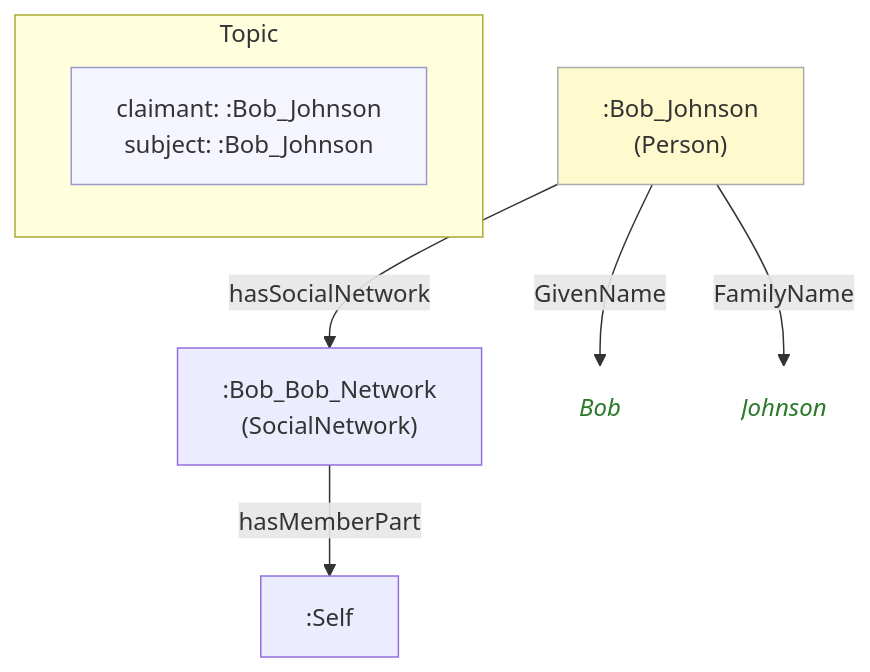
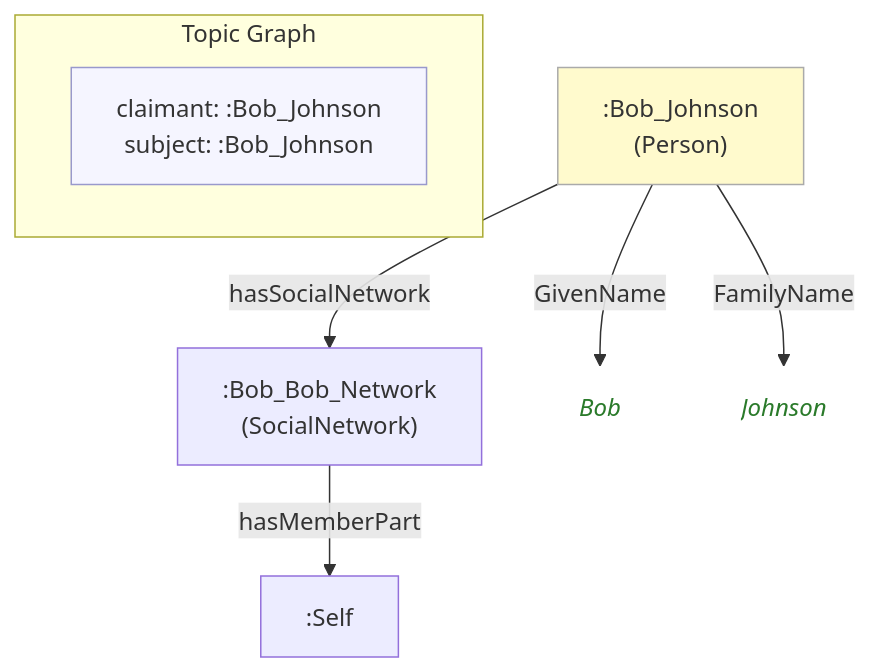
One commit to MeeFoundation/mia-ontologies changed the diagram in example/topics/images/bob-johnson.bob-johnson(Bob-Johnson)(others)(02).mmd. Above: the diagram before and after it, drawn with Mermaid. The commit also changed 65 other files, not shown here.

First line of the commit message:
Relabel per-topic diagram metadata box "Topic" -> "Topic Graph"

```diff
--- a/example/topics/images/bob-johnson.bob-johnson(Bob-Johnson)(others)(02).mmd
+++ b/example/topics/images/bob-johnson.bob-johnson(Bob-Johnson)(others)(02).mmd
@@ -1,22 +1,22 @@
 flowchart TD
     classDef person fill:#fffacd,stroke:#aaa,color:#333
     classDef grp    fill:#d4edda,stroke:#aaa,color:#333
     classDef org    fill:#cce5ff,stroke:#aaa,color:#333
     classDef lit    fill:none,stroke:none,font-style:italic,color:#2a7a2a
     classDef meta   fill:#f5f5ff,stroke:#9999cc,color:#333
 
-    subgraph ctx["Topic"]
+    subgraph ctx["Topic Graph"]
         direction LR
         ctx_meta["claimant: :Bob_Johnson\nsubject: :Bob_Johnson"]:::meta
     end
 
     n19c34148fc05[":Bob_Bob_Network\n(SocialNetwork)"]
     n89768dce3f8b[":Self"]
     n166b15bd501b[":Bob_Johnson\n(Person)"]:::person
-    na1daf5ac411b("Bob"):::lit
-    n3ea3faf79770("Johnson"):::lit
+    n1c0a7166a630("Bob"):::lit
+    ne37bb84c7150("Johnson"):::lit
 
     n19c34148fc05 -->|"hasMemberPart"| n89768dce3f8b
-    n166b15bd501b -->|"GivenName"| na1daf5ac411b
-    n166b15bd501b -->|"FamilyName"| n3ea3faf79770
+    n166b15bd501b -->|"GivenName"| n1c0a7166a630
+    n166b15bd501b -->|"FamilyName"| ne37bb84c7150
     n166b15bd501b -->|"hasSocialNetwork"| n19c34148fc05
```
